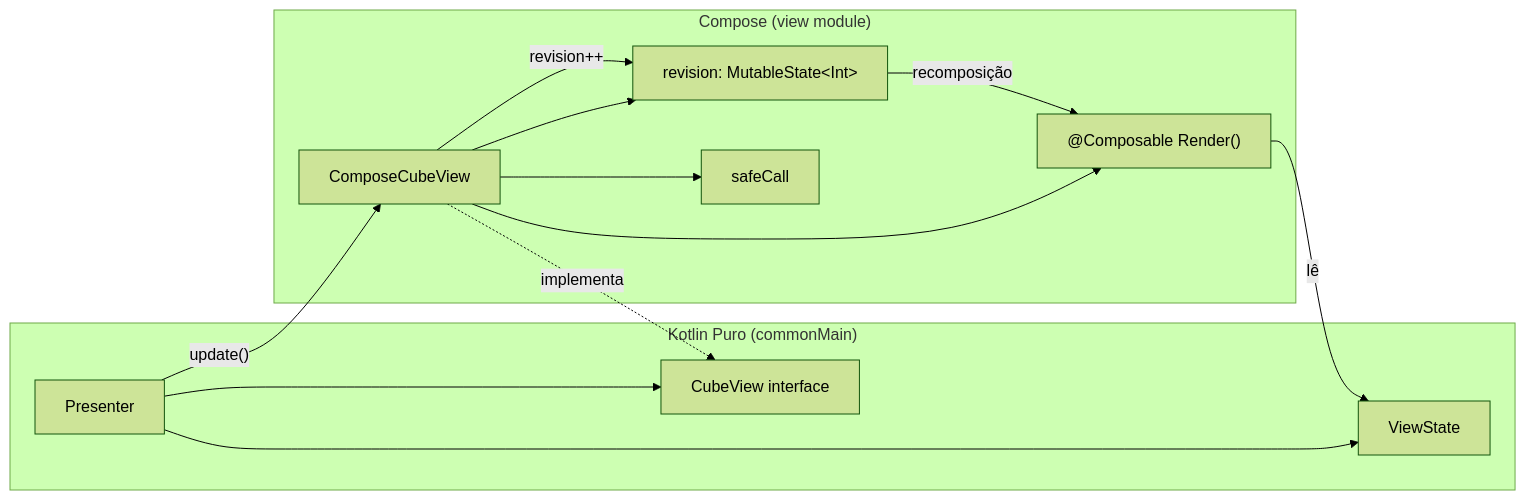
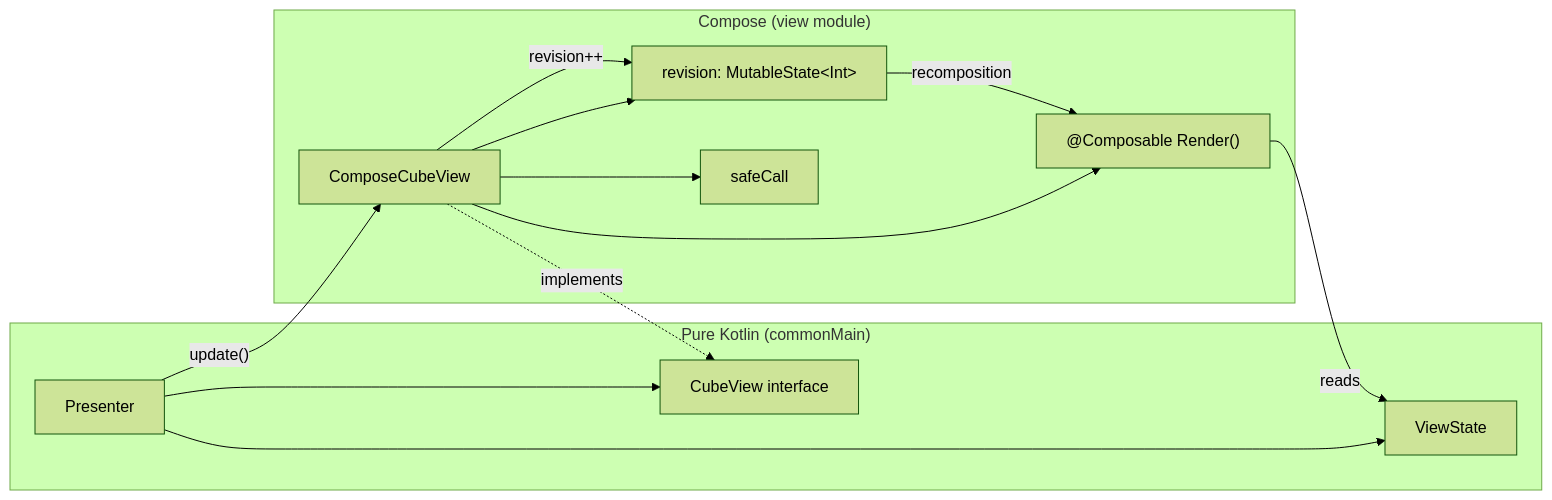
Before and after one commit to mrcdom/wdc-cube-kotlin: the first of 9 diagrams in docs/architecture-cube-compose.md, drawn with Mermaid (forest theme). The commit also changed other lines of this file and 10 other files, not shown here.

First line of the commit message:
docs: architecture docs and top-level READMEs in US English

````diff
--- a/docs/architecture-cube-compose.md
+++ b/docs/architecture-cube-compose.md
@@ -34,19 +34,19 @@
 ```mermaid
 graph LR
-    subgraph "Kotlin Puro (commonMain)"
+    subgraph "Pure Kotlin (commonMain)"
         P[Presenter] --> S[ViewState]
         P --> CV[CubeView interface]
     end
 
     subgraph "Compose (view module)"
-        CCV[ComposeCubeView] -.->|implementa| CV
+        CCV[ComposeCubeView] -.->|implements| CV
         CCV --> REV["revision: MutableState&lt;Int&gt;"]
         CCV --> SC[safeCall]
         CCV --> RND["@Composable Render()"]
     end
 
     P -->|"update()"| CCV
     CCV -->|"revision++"| REV
-    REV -->|"recomposição"| RND
-    RND -->|"lê"| S
+    REV -->|"recomposition"| RND
+    RND -->|"reads"| S
 ```
````
